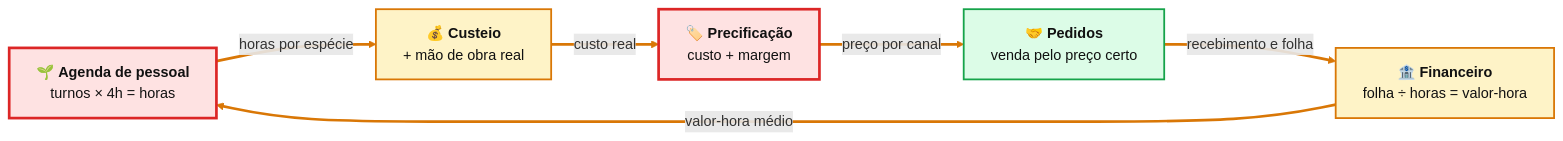
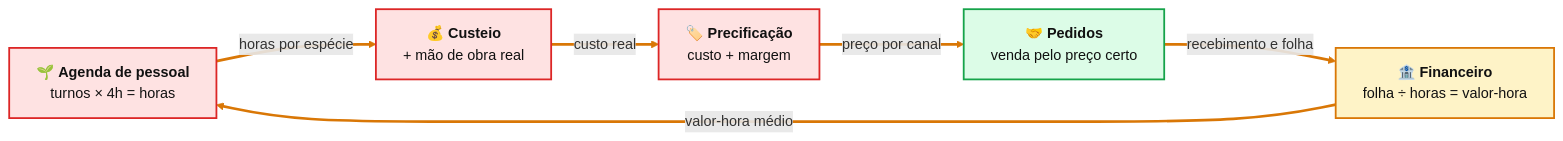
The diagram in docs/rotinas/img/ciclo-dinheiro.mmd (JoaoMudar/mudar), drawn with Mermaid before and after one commit. The commit also changed 19 other files, not shown here.

First line of the commit message:
@ docs(rotinas): cor no .mmd, cinza no .png, e um status so

```diff
--- a/docs/rotinas/img/ciclo-dinheiro.mmd
+++ b/docs/rotinas/img/ciclo-dinheiro.mmd
@@ -1,21 +1,28 @@
 flowchart LR
   AGE["🌱 <b>Agenda de pessoal</b><br/>turnos × 4h = horas"]
   CUS["💰 <b>Custeio</b><br/>+ mão de obra real"]
   PRE["🏷️ <b>Precificação</b><br/>custo + margem"]
   PED["🤝 <b>Pedidos</b><br/>venda pelo preço certo"]
   FIN["🏦 <b>Financeiro</b><br/>folha ÷ horas = valor-hora"]
 
   AGE -->|horas por espécie| CUS
   CUS -->|custo real| PRE
   PRE -->|preço por canal| PED
   PED -->|recebimento e folha| FIN
   FIN -->|valor-hora médio| AGE
 
+  %% Paleta de STATUS — a fonte e colorida de proposito; o PNG sai em cinza.
+  %% Quem troca a cor pelo cinza e `npm run docs:mapas` (scripts/render-mapas.mjs).
+  %% Criterio: ok = toda etapa do modulo tem tela · meio = parte tem · falta = nenhuma tem.
   classDef ok fill:#dcfce7,stroke:#16a34a,stroke-width:2px,color:#111
   classDef meio fill:#fef3c7,stroke:#d97706,stroke-width:2px,color:#111
-  classDef falta fill:#fee2e2,stroke:#dc2626,stroke-width:3px,color:#111
+  classDef falta fill:#fee2e2,stroke:#dc2626,stroke-width:2px,color:#111
+  classDef grupo fill:#f8fafc,stroke:#cbd5e1,stroke-width:1px,color:#334155
+  classDef ator fill:#374151,stroke:#111827,stroke-width:2px,color:#f9fafb
+  classDef decisao fill:#e2e8f0,stroke:#475569,stroke-width:2px,color:#111
+
   class PED ok
-  class CUS,FIN meio
-  class AGE,PRE falta
+  class FIN meio
+  class AGE,CUS,PRE falta
 
   linkStyle 0,1,2,3,4 stroke:#d97706,stroke-width:3px
```
